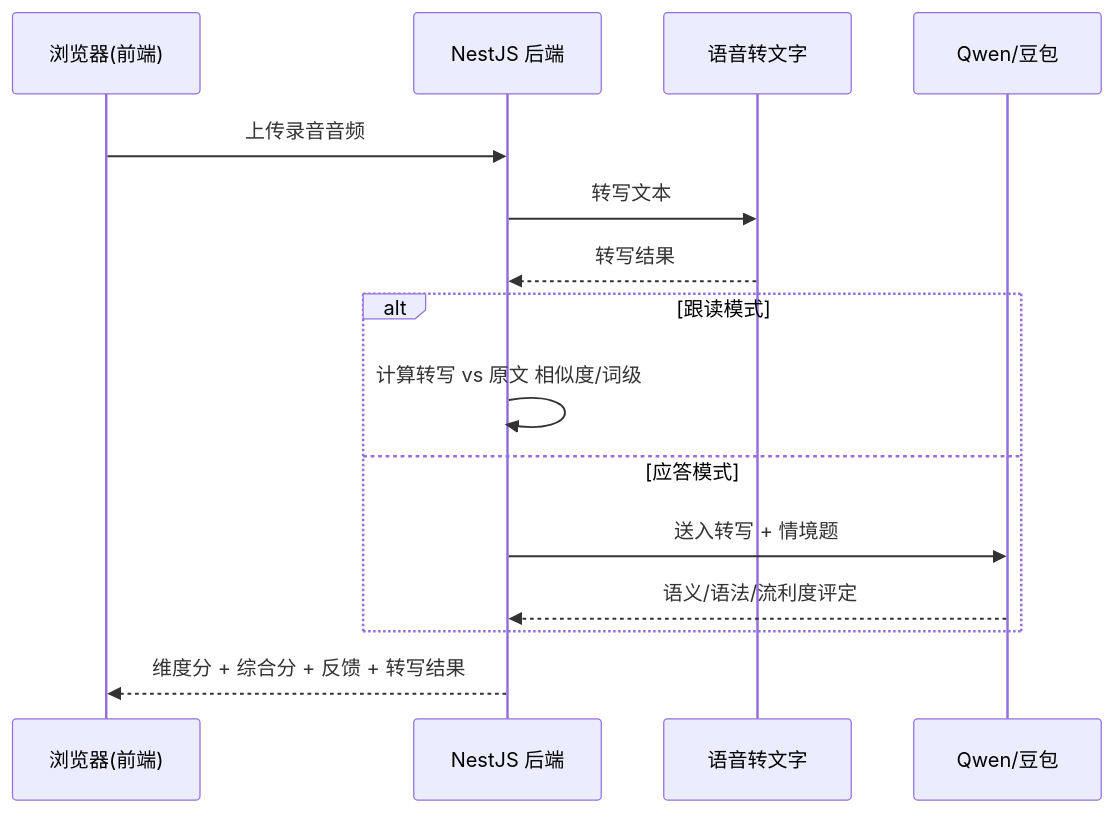
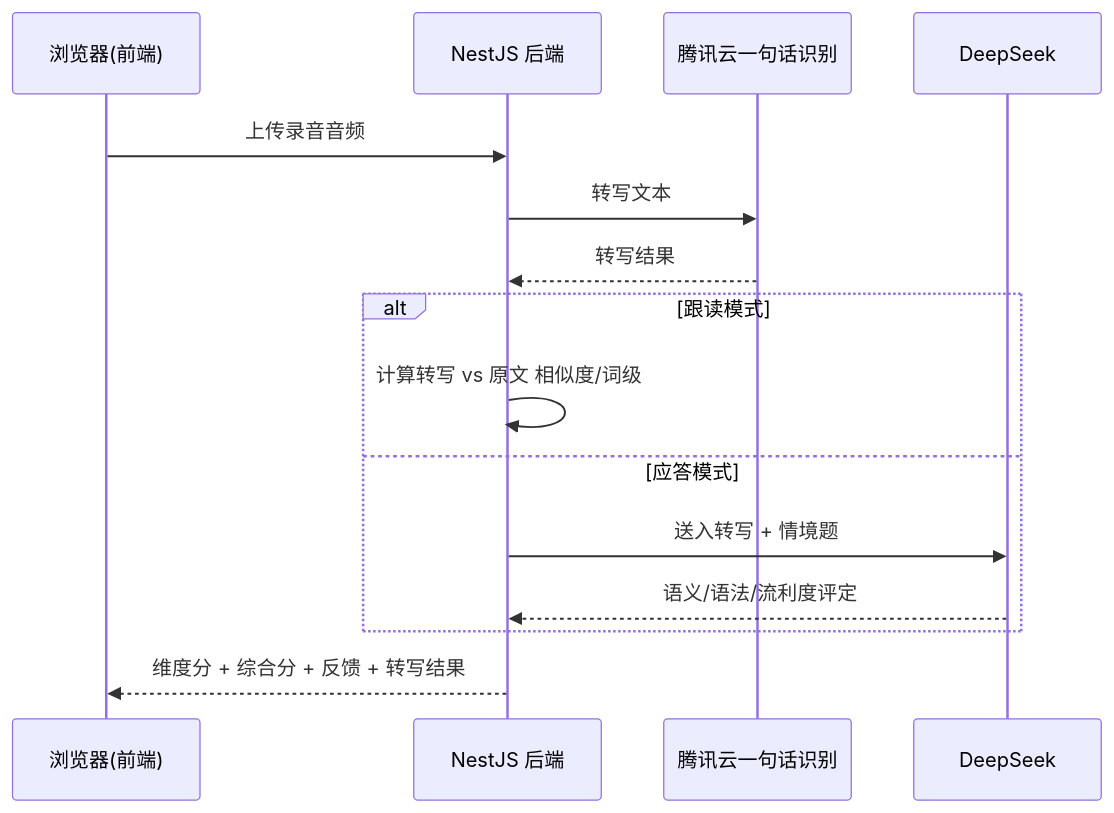
One commit to zhang-haoquan/dailyspeak changed the second of 3 diagrams in docs/prd/PRD.md. Above: the diagram before and after it, drawn with Mermaid. The commit also changed other lines of this file and 28 other files, not shown here.

````diff
--- a/docs/prd/PRD.md
+++ b/docs/prd/PRD.md
@@ -355,17 +409,17 @@
 ```mermaid
 sequenceDiagram
   participant U as 浏览器(前端)
   participant B as NestJS 后端
-  participant ASR as 语音转文字
-  participant LLM as Qwen/豆包
+  participant ASR as 腾讯云一句话识别
+  participant LLM as DeepSeek
   U->>B: 上传录音音频
   B->>ASR: 转写文本
   ASR-->>B: 转写结果
   alt 跟读模式
     B->>B: 计算转写 vs 原文 相似度/词级
   else 应答模式
     B->>LLM: 送入转写 + 情境题
     LLM-->>B: 语义/语法/流利度评定
   end
   B-->>U: 维度分 + 综合分 + 反馈 + 转写结果
 ```
````
